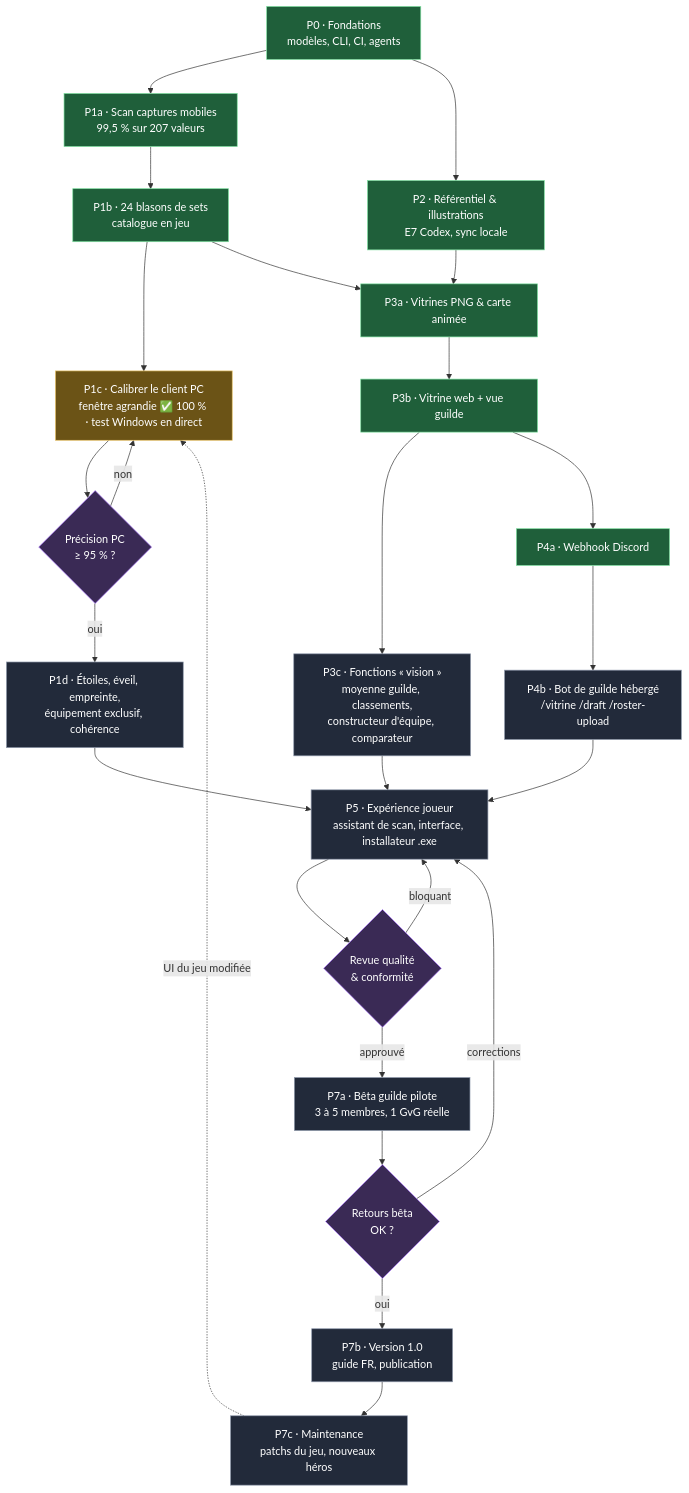
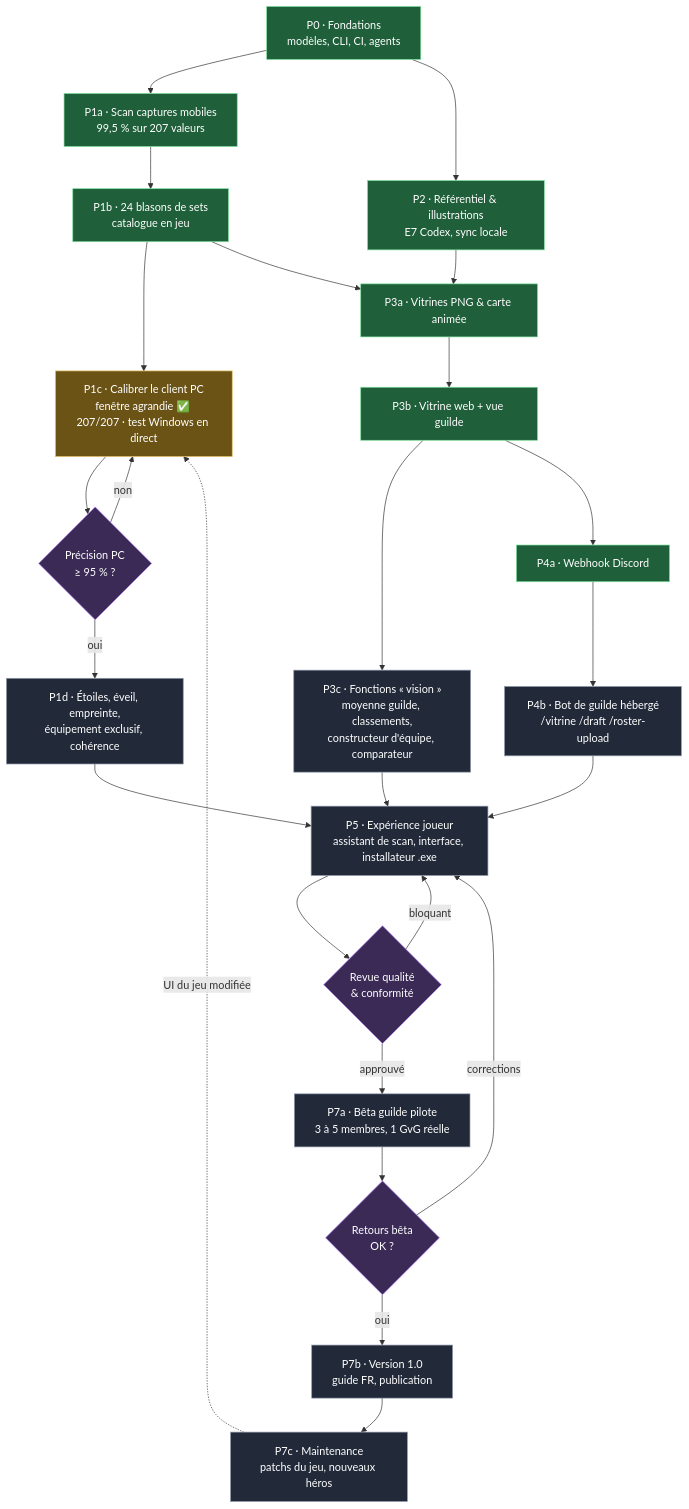
One commit to STRDSpartan/E7-projects changed the first of 4 diagrams in docs/PLAN.md. Above: the diagram before and after it, drawn with Mermaid. The commit also changed other lines of this file and 1 other file, not shown here.

````diff
--- a/docs/PLAN.md
+++ b/docs/PLAN.md
@@ -37,37 +37,37 @@
 ```mermaid
 flowchart TD
     classDef done fill:#1f5f3a,stroke:#7fe0a0,color:#fff
     classDef doing fill:#6b5316,stroke:#e9c46a,color:#fff
     classDef todo fill:#222a3a,stroke:#8f99ab,color:#fff
     classDef gate fill:#3a2a55,stroke:#b07cff,color:#fff
 
     P0["P0 · Fondations<br/>modèles, CLI, CI, agents"]:::done
     P0 --> P1M["P1a · Scan captures mobiles<br/>99,5 % sur 207 valeurs"]:::done
     P0 --> P2["P2 · Référentiel & illustrations<br/>E7 Codex, sync locale"]:::done
     P1M --> P1S["P1b · 24 blasons de sets<br/>catalogue en jeu"]:::done
-    P1S --> P1PC["P1c · Calibrer le client PC<br/>fenêtre agrandie ✅ 100 % · test Windows en direct"]:::doing
+    P1S --> P1PC["P1c · Calibrer le client PC<br/>fenêtre agrandie ✅ 207/207 · test Windows en direct"]:::doing
     P1PC --> G1{"Précision PC<br/>≥ 95 % ?"}:::gate
     G1 -- "non" --> P1PC
     G1 -- "oui" --> P1X["P1d · Étoiles, éveil, empreinte,<br/>équipement exclusif, cohérence"]:::todo
 
     P1S --> P3A["P3a · Vitrines PNG & carte animée"]:::done
     P2 --> P3A
     P3A --> P3B["P3b · Vitrine web + vue guilde"]:::done
     P3B --> P3C["P3c · Fonctions « vision »<br/>moyenne guilde, classements,<br/>constructeur d'équipe, comparateur"]:::todo
 
     P3B --> P4A["P4a · Webhook Discord"]:::done
     P4A --> P4B["P4b · Bot de guilde hébergé<br/>/vitrine /draft /roster-upload"]:::todo
 
     P1X --> P5["P5 · Expérience joueur<br/>assistant de scan, interface, installateur .exe"]:::todo
     P3C --> P5
     P4B --> P5
 
     P5 --> G2{"Revue qualité<br/>& conformité"}:::gate
     G2 -- "bloquant" --> P5
     G2 -- "approuvé" --> P7A["P7a · Bêta guilde pilote<br/>3 à 5 membres, 1 GvG réelle"]:::todo
     P7A --> G3{"Retours bêta<br/>OK ?"}:::gate
     G3 -- "corrections" --> P5
     G3 -- "oui" --> V1["P7b · Version 1.0<br/>guide FR, publication"]:::todo
     V1 --> M["P7c · Maintenance<br/>patchs du jeu, nouveaux héros"]:::todo
     M -. "UI du jeu modifiée" .-> P1PC
 ```
````
